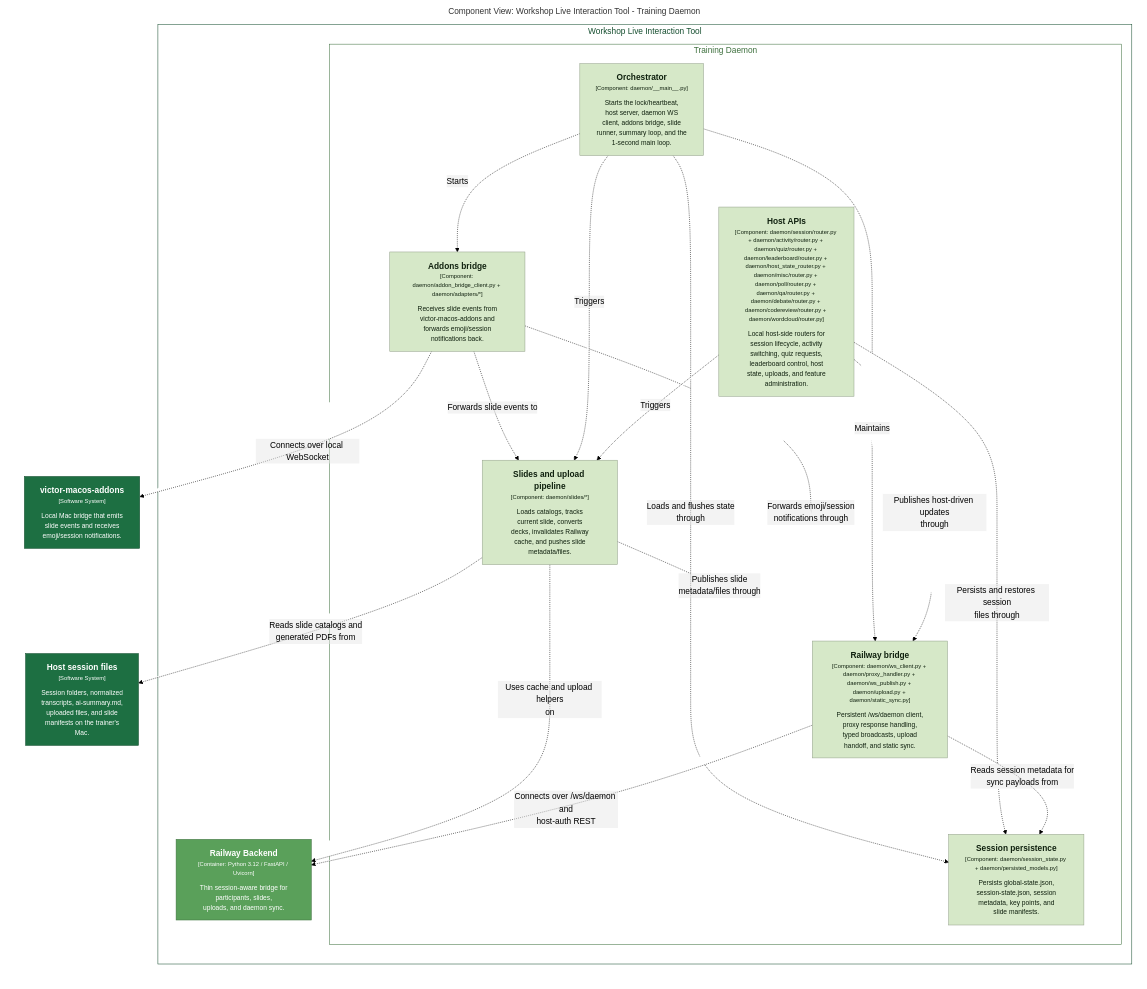
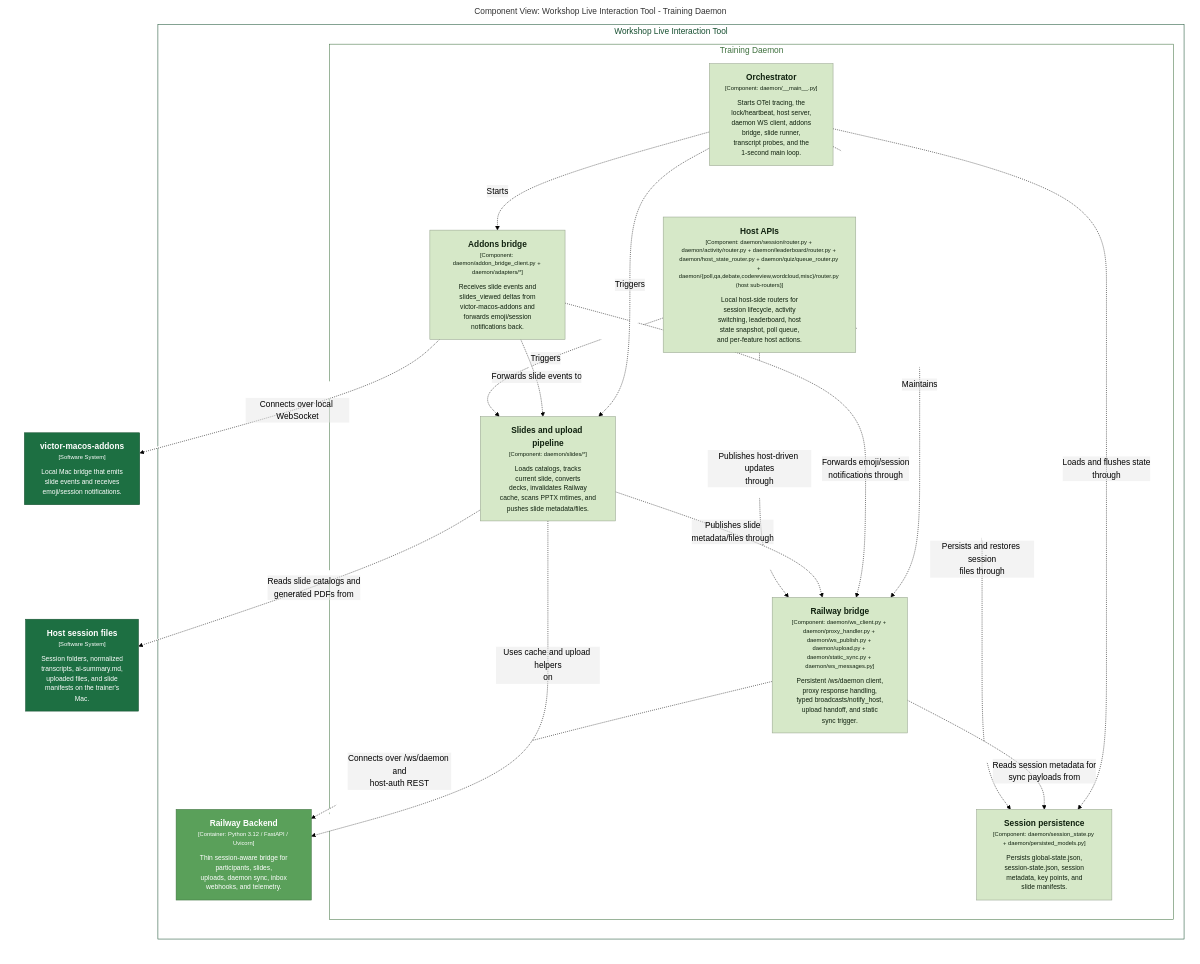
Before and after one commit to victorrentea/training-assistant: the diagram in docs/c4views/C3-Daemon-Slides.mmd, drawn with Mermaid (forest theme). The commit also changed 33 other files, not shown here.

```diff
--- a/docs/c4views/C3-Daemon-Slides.mmd
+++ b/docs/c4views/C3-Daemon-Slides.mmd
@@ -1,52 +1,52 @@
 graph LR
   linkStyle default fill:#ffffff
 
   subgraph diagram ["Component View: Workshop Live Interaction Tool - Training Daemon"]
     style diagram fill:#ffffff,stroke:#ffffff
 
     4["<div style='font-weight: bold'>victor-macos-addons</div><div style='font-size: 70%; margin-top: 0px'>[Software System]</div><div style='font-size: 80%; margin-top:10px'>Local Mac bridge that emits<br />slide events and receives<br />emoji/session notifications.</div>"]
     style 4 fill:#1d6f42,stroke:#144d2e,color:#ffffff
-    7["<div style='font-weight: bold'>Host session files</div><div style='font-size: 70%; margin-top: 0px'>[Software System]</div><div style='font-size: 80%; margin-top:10px'>Session folders, normalized<br />transcripts, ai-summary.md,<br />uploaded files, and slide<br />manifests on the trainer's<br />Mac.</div>"]
-    style 7 fill:#1d6f42,stroke:#144d2e,color:#ffffff
+    8["<div style='font-weight: bold'>Host session files</div><div style='font-size: 70%; margin-top: 0px'>[Software System]</div><div style='font-size: 80%; margin-top:10px'>Session folders, normalized<br />transcripts, ai-summary.md,<br />uploaded files, and slide<br />manifests on the trainer's<br />Mac.</div>"]
+    style 8 fill:#1d6f42,stroke:#144d2e,color:#ffffff
 
-    subgraph 9 ["Workshop Live Interaction Tool"]
-      style 9 fill:#ffffff,stroke:#144d2e,color:#144d2e
+    subgraph 10 ["Workshop Live Interaction Tool"]
+      style 10 fill:#ffffff,stroke:#144d2e,color:#144d2e
 
-      subgraph 21 ["Training Daemon"]
-        style 21 fill:#ffffff,stroke:#3e703e,color:#3e703e
+      subgraph 23 ["Training Daemon"]
+        style 23 fill:#ffffff,stroke:#3e703e,color:#3e703e
 
-        22["<div style='font-weight: bold'>Orchestrator</div><div style='font-size: 70%; margin-top: 0px'>[Component: daemon/__main__.py]</div><div style='font-size: 80%; margin-top:10px'>Starts the lock/heartbeat,<br />host server, daemon WS<br />client, addons bridge, slide<br />runner, summary loop, and the<br />1-second main loop.</div>"]
-        style 22 fill:#d6e8c8,stroke:#95a28c,color:#10210f
-        25["<div style='font-weight: bold'>Host APIs</div><div style='font-size: 70%; margin-top: 0px'>[Component: daemon/session/router.py + daemon/activity/router.py + daemon/quiz/router.py + daemon/leaderboard/router.py + daemon/host_state_router.py + daemon/misc/router.py + daemon/poll/router.py + daemon/qa/router.py + daemon/debate/router.py + daemon/codereview/router.py + daemon/wordcloud/router.py]</div><div style='font-size: 80%; margin-top:10px'>Local host-side routers for<br />session lifecycle, activity<br />switching, quiz requests,<br />leaderboard control, host<br />state, uploads, and feature<br />administration.</div>"]
-        style 25 fill:#d6e8c8,stroke:#95a28c,color:#10210f
-        27["<div style='font-weight: bold'>Railway bridge</div><div style='font-size: 70%; margin-top: 0px'>[Component: daemon/ws_client.py + daemon/proxy_handler.py + daemon/ws_publish.py + daemon/upload.py + daemon/static_sync.py]</div><div style='font-size: 80%; margin-top:10px'>Persistent /ws/daemon client,<br />proxy response handling,<br />typed broadcasts, upload<br />handoff, and static sync.</div>"]
+        24["<div style='font-weight: bold'>Orchestrator</div><div style='font-size: 70%; margin-top: 0px'>[Component: daemon/__main__.py]</div><div style='font-size: 80%; margin-top:10px'>Starts OTel tracing, the<br />lock/heartbeat, host server,<br />daemon WS client, addons<br />bridge, slide runner,<br />transcript probes, and the<br />1-second main loop.</div>"]
+        style 24 fill:#d6e8c8,stroke:#95a28c,color:#10210f
+        27["<div style='font-weight: bold'>Host APIs</div><div style='font-size: 70%; margin-top: 0px'>[Component: daemon/session/router.py + daemon/activity/router.py + daemon/leaderboard/router.py + daemon/host_state_router.py + daemon/quiz/queue_router.py + daemon/{poll,qa,debate,codereview,wordcloud,misc}/router.py (host sub-routers)]</div><div style='font-size: 80%; margin-top:10px'>Local host-side routers for<br />session lifecycle, activity<br />switching, leaderboard, host<br />state snapshot, poll queue,<br />and per-feature host actions.</div>"]
         style 27 fill:#d6e8c8,stroke:#95a28c,color:#10210f
-        28["<div style='font-weight: bold'>Session persistence</div><div style='font-size: 70%; margin-top: 0px'>[Component: daemon/session_state.py + daemon/persisted_models.py]</div><div style='font-size: 80%; margin-top:10px'>Persists global-state.json,<br />session-state.json, session<br />metadata, key points, and<br />slide manifests.</div>"]
-        style 28 fill:#d6e8c8,stroke:#95a28c,color:#10210f
-        32["<div style='font-weight: bold'>Slides and upload pipeline</div><div style='font-size: 70%; margin-top: 0px'>[Component: daemon/slides/*]</div><div style='font-size: 80%; margin-top:10px'>Loads catalogs, tracks<br />current slide, converts<br />decks, invalidates Railway<br />cache, and pushes slide<br />metadata/files.</div>"]
-        style 32 fill:#d6e8c8,stroke:#95a28c,color:#10210f
-        33["<div style='font-weight: bold'>Addons bridge</div><div style='font-size: 70%; margin-top: 0px'>[Component: daemon/addon_bridge_client.py + daemon/adapters/*]</div><div style='font-size: 80%; margin-top:10px'>Receives slide events from<br />victor-macos-addons and<br />forwards emoji/session<br />notifications back.</div>"]
-        style 33 fill:#d6e8c8,stroke:#95a28c,color:#10210f
+        30["<div style='font-weight: bold'>Railway bridge</div><div style='font-size: 70%; margin-top: 0px'>[Component: daemon/ws_client.py + daemon/proxy_handler.py + daemon/ws_publish.py + daemon/upload.py + daemon/static_sync.py + daemon/ws_messages.py]</div><div style='font-size: 80%; margin-top:10px'>Persistent /ws/daemon client,<br />proxy response handling,<br />typed broadcasts/notify_host,<br />upload handoff, and static<br />sync trigger.</div>"]
+        style 30 fill:#d6e8c8,stroke:#95a28c,color:#10210f
+        31["<div style='font-weight: bold'>Session persistence</div><div style='font-size: 70%; margin-top: 0px'>[Component: daemon/session_state.py + daemon/persisted_models.py]</div><div style='font-size: 80%; margin-top:10px'>Persists global-state.json,<br />session-state.json, session<br />metadata, key points, and<br />slide manifests.</div>"]
+        style 31 fill:#d6e8c8,stroke:#95a28c,color:#10210f
+        35["<div style='font-weight: bold'>Slides and upload pipeline</div><div style='font-size: 70%; margin-top: 0px'>[Component: daemon/slides/*]</div><div style='font-size: 80%; margin-top:10px'>Loads catalogs, tracks<br />current slide, converts<br />decks, invalidates Railway<br />cache, scans PPTX mtimes, and<br />pushes slide metadata/files.</div>"]
+        style 35 fill:#d6e8c8,stroke:#95a28c,color:#10210f
+        36["<div style='font-weight: bold'>Addons bridge</div><div style='font-size: 70%; margin-top: 0px'>[Component: daemon/addon_bridge_client.py + daemon/adapters/*]</div><div style='font-size: 80%; margin-top:10px'>Receives slide events and<br />slides_viewed deltas from<br />victor-macos-addons and<br />forwards emoji/session<br />notifications back.</div>"]
+        style 36 fill:#d6e8c8,stroke:#95a28c,color:#10210f
       end
 
-      12["<div style='font-weight: bold'>Railway Backend</div><div style='font-size: 70%; margin-top: 0px'>[Container: Python 3.12 / FastAPI / Uvicorn]</div><div style='font-size: 80%; margin-top:10px'>Thin session-aware bridge for<br />participants, slides,<br />uploads, and daemon sync.</div>"]
-      style 12 fill:#5aa05a,stroke:#3e703e,color:#ffffff
+      13["<div style='font-weight: bold'>Railway Backend</div><div style='font-size: 70%; margin-top: 0px'>[Container: Python 3.12 / FastAPI / Uvicorn]</div><div style='font-size: 80%; margin-top:10px'>Thin session-aware bridge for<br />participants, slides,<br />uploads, daemon sync, inbox<br />webhooks, and telemetry.</div>"]
+      style 13 fill:#5aa05a,stroke:#3e703e,color:#ffffff
     end
 
-    32-. "<div>Reads slide catalogs and<br />generated PDFs from</div><div style='font-size: 70%'></div>" .->7
-    32-. "<div>Publishes slide<br />metadata/files through</div><div style='font-size: 70%'></div>" .->27
-    32-. "<div>Uses cache and upload helpers<br />on</div><div style='font-size: 70%'></div>" .->12
-    33-. "<div>Connects over local WebSocket</div><div style='font-size: 70%'></div>" .->4
-    33-. "<div>Forwards slide events to</div><div style='font-size: 70%'></div>" .->32
-    33-. "<div>Forwards emoji/session<br />notifications through</div><div style='font-size: 70%'></div>" .->27
-    22-. "<div>Maintains</div><div style='font-size: 70%'></div>" .->27
-    22-. "<div>Loads and flushes state<br />through</div><div style='font-size: 70%'></div>" .->28
-    22-. "<div>Triggers</div><div style='font-size: 70%'></div>" .->32
-    22-. "<div>Starts</div><div style='font-size: 70%'></div>" .->33
-    25-. "<div>Publishes host-driven updates<br />through</div><div style='font-size: 70%'></div>" .->27
-    25-. "<div>Persists and restores session<br />files through</div><div style='font-size: 70%'></div>" .->28
-    25-. "<div>Triggers</div><div style='font-size: 70%'></div>" .->32
-    27-. "<div>Connects over /ws/daemon and<br />host-auth REST</div><div style='font-size: 70%'></div>" .->12
-    27-. "<div>Reads session metadata for<br />sync payloads from</div><div style='font-size: 70%'></div>" .->28
+    27-. "<div>Publishes host-driven updates<br />through</div><div style='font-size: 70%'></div>" .->30
+    27-. "<div>Persists and restores session<br />files through</div><div style='font-size: 70%'></div>" .->31
+    27-. "<div>Triggers</div><div style='font-size: 70%'></div>" .->35
+    30-. "<div>Connects over /ws/daemon and<br />host-auth REST</div><div style='font-size: 70%'></div>" .->13
+    30-. "<div>Reads session metadata for<br />sync payloads from</div><div style='font-size: 70%'></div>" .->31
+    35-. "<div>Reads slide catalogs and<br />generated PDFs from</div><div style='font-size: 70%'></div>" .->8
+    35-. "<div>Publishes slide<br />metadata/files through</div><div style='font-size: 70%'></div>" .->30
+    35-. "<div>Uses cache and upload helpers<br />on</div><div style='font-size: 70%'></div>" .->13
+    36-. "<div>Connects over local WebSocket</div><div style='font-size: 70%'></div>" .->4
+    36-. "<div>Forwards slide events to</div><div style='font-size: 70%'></div>" .->35
+    36-. "<div>Forwards emoji/session<br />notifications through</div><div style='font-size: 70%'></div>" .->30
+    24-. "<div>Maintains</div><div style='font-size: 70%'></div>" .->30
+    24-. "<div>Loads and flushes state<br />through</div><div style='font-size: 70%'></div>" .->31
+    24-. "<div>Triggers</div><div style='font-size: 70%'></div>" .->35
+    24-. "<div>Starts</div><div style='font-size: 70%'></div>" .->36
 
   end
```
